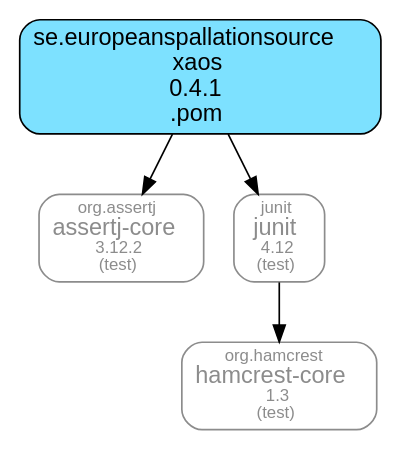
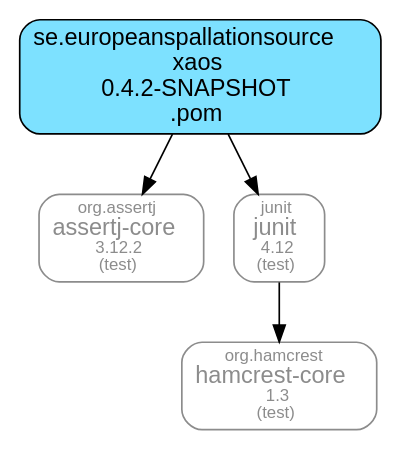
One commit to ESSICS/XAOS changed the diagram in doc/maven-dependencies.dot. Above: the diagram before and after it, drawn with Graphviz. The commit also changed 54 other files, not shown here.

```diff
--- a/doc/maven-dependencies.dot
+++ b/doc/maven-dependencies.dot
@@ -1,15 +1,15 @@
 digraph "xaos" {
   node [shape="box",style="rounded",fontname="Helvetica",fontsize="14"]
   edge [fontsize="10",fontname="Helvetica"]
 
   // Node Definitions:
-  "se.europeanspallationsource:xaos:pom"[shape="box",style="rounded, filled",fillcolor="#7DE1FF",label=<se.europeanspallationsource<br/>xaos<br/>0.4.1<br/>.pom>]
+  "se.europeanspallationsource:xaos:pom"[shape="box",style="rounded, filled",fillcolor="#7DE1FF",label=<se.europeanspallationsource<br/>xaos<br/>0.4.2-SNAPSHOT<br/>.pom>]
   "org.assertj:assertj-core:jar"[shape="box",style="rounded",color="grey55",fontname="Helvetica",fontsize="14",fontcolor="grey55",label=<<font color="grey55" point-size="10">org.assertj</font><br/>assertj-core<font color="grey55" point-size="10"><br/>3.12.2</font><font color="grey55" point-size="10"><br/>(test)</font>>]
   "junit:junit:jar"[shape="box",style="rounded",color="grey55",fontname="Helvetica",fontsize="14",fontcolor="grey55",label=<<font color="grey55" point-size="10">junit</font><br/>junit<font color="grey55" point-size="10"><br/>4.12</font><font color="grey55" point-size="10"><br/>(test)</font>>]
   "org.hamcrest:hamcrest-core:jar"[shape="box",style="rounded",color="grey55",fontname="Helvetica",fontsize="14",fontcolor="grey55",label=<<font color="grey55" point-size="10">org.hamcrest</font><br/>hamcrest-core<font color="grey55" point-size="10"><br/>1.3</font><font color="grey55" point-size="10"><br/>(test)</font>>]
 
   // Edge Definitions:
   "se.europeanspallationsource:xaos:pom" -> "org.assertj:assertj-core:jar"
   "junit:junit:jar" -> "org.hamcrest:hamcrest-core:jar"
   "se.europeanspallationsource:xaos:pom" -> "junit:junit:jar"
 }
```
